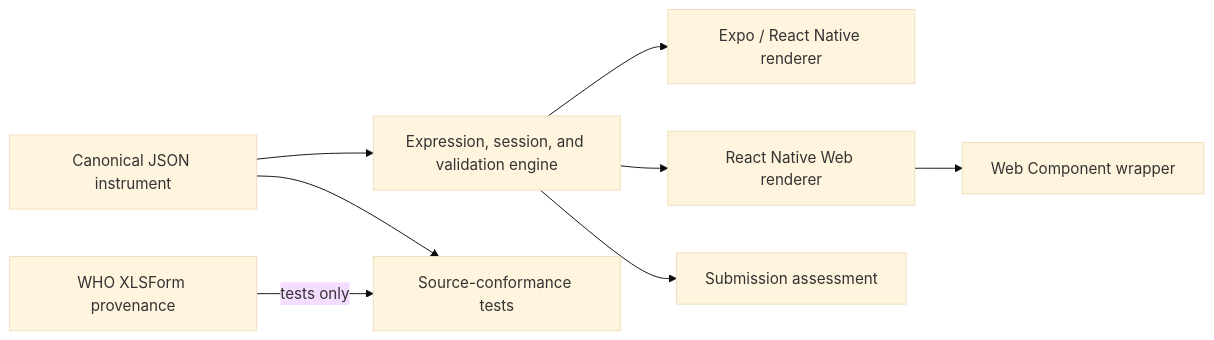
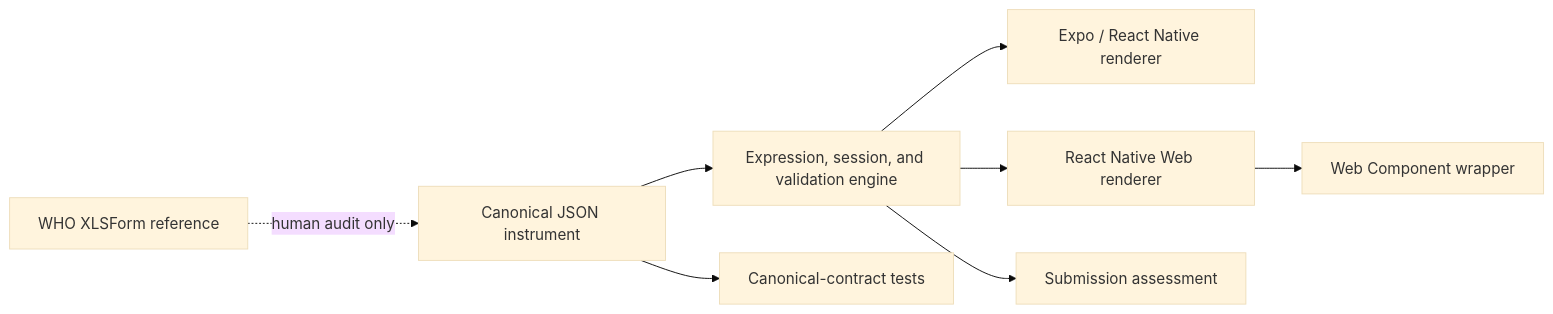
One commit to drguptavivek/WHO-va-2022 changed the diagram in docs/architecture.md. Above: the diagram before and after it, drawn with Mermaid (base theme). The commit also changed other lines of this file and 31 other files, not shown here.

````diff
--- a/docs/architecture.md
+++ b/docs/architecture.md
@@ -7,10 +7,10 @@
 ```mermaid
 flowchart LR
   Contract["Canonical JSON instrument"] --> Engine["Expression, session, and validation engine"]
-  XLS["WHO XLSForm provenance"] -->|"tests only"| Conformance["Source-conformance tests"]
-  Contract --> Conformance
+  XLS["WHO XLSForm reference"] -.->|"human audit only"| Contract
+  Contract --> Conformance["Canonical-contract tests"]
   Engine --> Native["Expo / React Native renderer"]
   Engine --> Web["React Native Web renderer"]
   Web --> Element["Web Component wrapper"]
   Engine --> Server["Submission assessment"]
 ```
````
